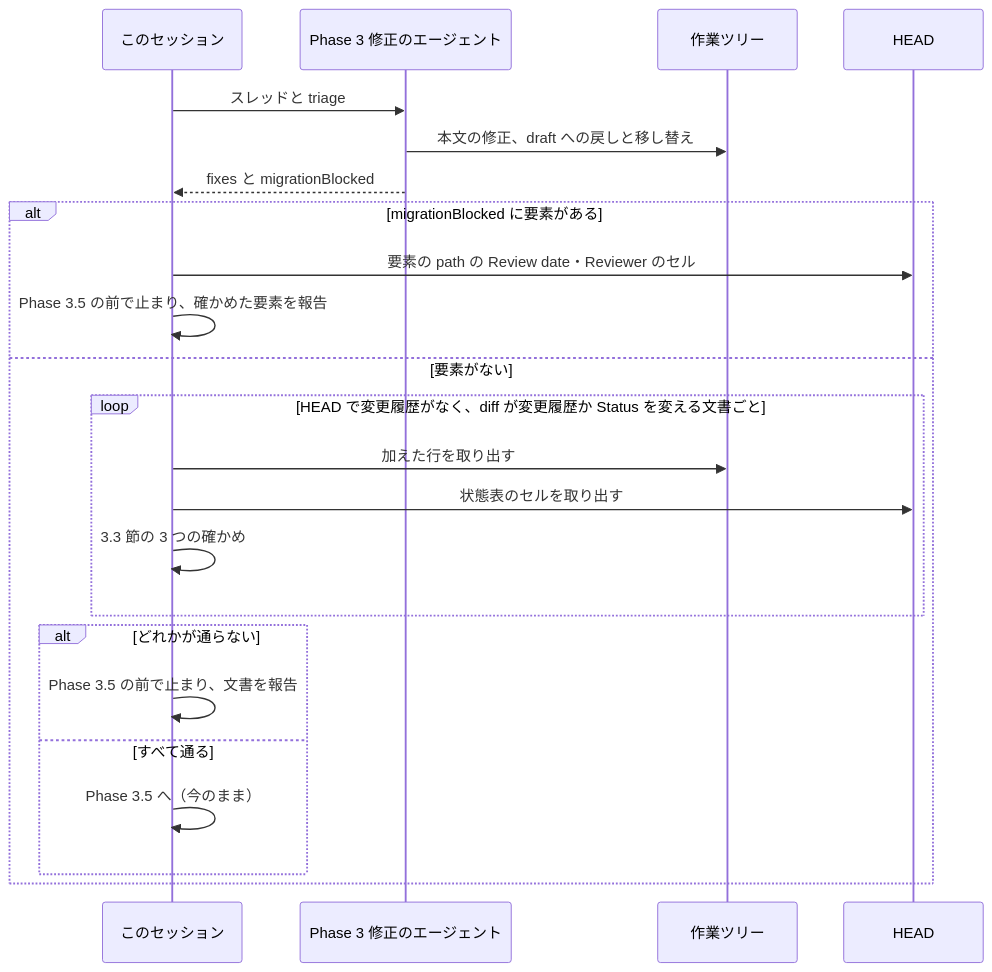
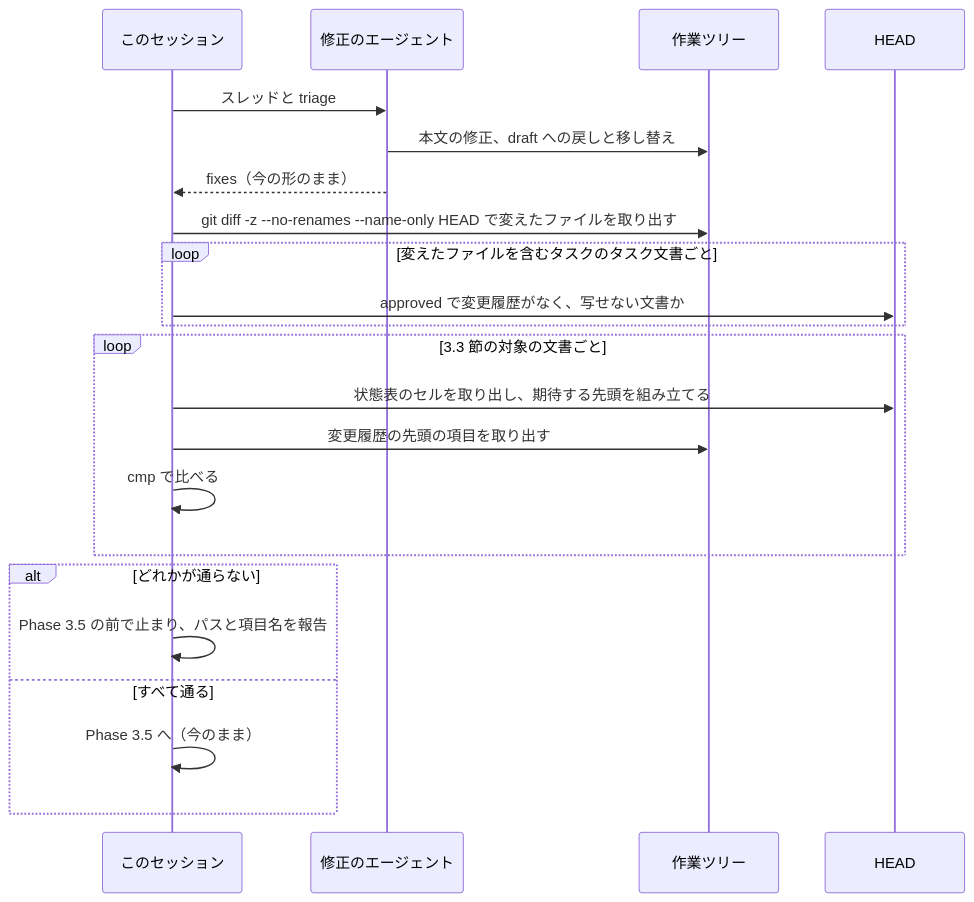
Before and after one commit to isseis/yt2column: the ninth of 9 diagrams in docs/tasks/0056_legacy_approval_history/02_architecture.md, drawn with Mermaid. The commit also changed other lines of this file, not shown here.

First line of the commit message:
docs(0056): address the architecture and prose reviews

````diff
--- a/docs/tasks/0056_legacy_approval_history/02_architecture.md
+++ b/docs/tasks/0056_legacy_approval_history/02_architecture.md
@@ -420,26 +429,25 @@
 ```mermaid
 sequenceDiagram
     participant S as このセッション
-    participant F as Phase 3 修正のエージェント
+    participant F as 修正のエージェント
     participant W as 作業ツリー
     participant H as HEAD
 
     S->>F: スレッドと triage
     F->>W: 本文の修正、draft への戻しと移し替え
-    F-->>S: fixes と migrationBlocked
-    alt migrationBlocked に要素がある
-        S->>H: 要素の path の Review date・Reviewer のセル
-        S->>S: Phase 3.5 の前で止まり、確かめた要素を報告
-    else 要素がない
-        loop HEAD で変更履歴がなく、diff が変更履歴か Status を変える文書ごと
-            S->>W: 加えた行を取り出す
-            S->>H: 状態表のセルを取り出す
-            S->>S: 3.3 節の 3 つの確かめ
-        end
-        alt どれかが通らない
-            S->>S: Phase 3.5 の前で止まり、文書を報告
-        else すべて通る
-            S->>S: Phase 3.5 へ（今のまま）
-        end
+    F-->>S: fixes（今の形のまま）
+    S->>W: git diff -z --no-renames --name-only HEAD で変えたファイルを取り出す
+    loop 変えたファイルを含むタスクのタスク文書ごと
+        S->>H: approved で変更履歴がなく、写せない文書か
+    end
+    loop 3.3 節の対象の文書ごと
+        S->>H: 状態表のセルを取り出し、期待する先頭を組み立てる
+        S->>W: 変更履歴の先頭の項目を取り出す
+        S->>S: cmp で比べる
+    end
+    alt どれかが通らない
+        S->>S: Phase 3.5 の前で止まり、パスと項目名を報告
+    else すべて通る
+        S->>S: Phase 3.5 へ（今のまま）
     end
 ```
````
